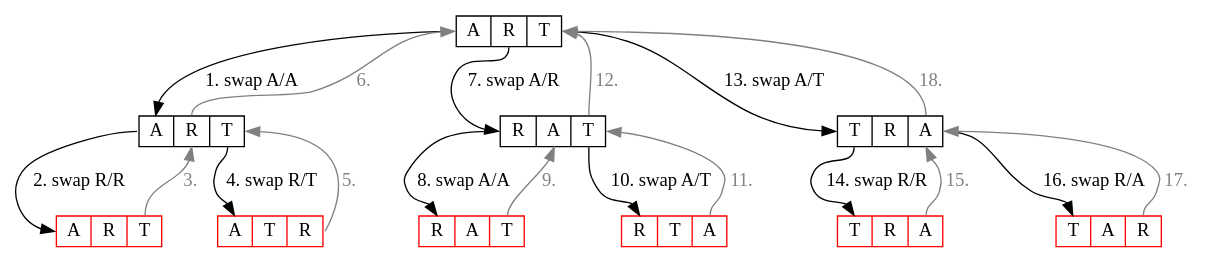
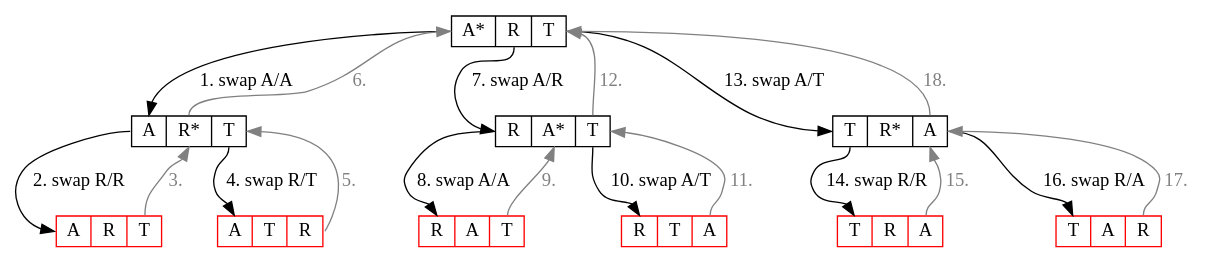
The diagram in book/chapters/backtracking.adoc (amejiarosario/dsa.js-data-structures-algorithms-javascript), drawn with Graphviz before and after one commit. The commit also changed other lines of this file and 2 other files, not shown here.

```diff
--- a/book/chapters/backtracking.adoc
+++ b/book/chapters/backtracking.adoc
@@ -61,38 +77,38 @@
 [graphviz, Recursive Fibonacci call tree with dp, svg]
 ....
 digraph g {
   node [shape = record,height=.1];
 
-  art[label = "<f0> A|<f1> R|<f2> T"];
-  art1[label = "<f0> A|<f1> R|<f2> T"];
+  art[label = "<f0> A*|<f1> R|<f2> T"];
+  art1[label = "<f0> A|<f1> R*|<f2> T"];
   art2[label = "<f0> A|<f1> R|<f2> T", color="red"];
   atr[label = "<f0> A|<f1> T|<f2> R", color="red"];
-  rat[label = "<f0> R|<f1> A|<f2> T"];
+  rat[label = "<f0> R|<f1> A*|<f2> T"];
   rat1[label = "<f0> R|<f1> A|<f2> T", color="red"];
   rta[label = "<f0> R|<f1> T|<f2> A", color="red"];
-  tra[label = "<f0> T|<f1> R|<f2> A"];
+  tra[label = "<f0> T|<f1> R*|<f2> A"];
   tra1[label = "<f0> T|<f1> R|<f2> A", color="red"];
   tar[label = "<f0> T|<f1> A|<f2> R", color="red"];
 
   art:f0 -> art1:f0 [ label = "1. swap A/A"];
   art1:f0 -> art2:f0 [ label = "2. swap R/R"];
   art2:f2 -> art1:f1 [ label = "3.", color="grey", fontcolor="grey"];
   art1:f2 -> atr:f0 [ label = "4. swap R/T"];
   atr:f2 -> art1:f2  [ label = "5.", color="grey", fontcolor="grey"];
   art1:f1 -> art:f0  [ label = "6.", color="grey", fontcolor="grey"];
 
   art:f1 -> rat:f0 [ label = "7. swap A/R"];
   rat:f0 -> rat1:f0 [ label = "8. swap A/A"];
   rat1:f2 -> rat:f1 [ label = "9.", color="grey", fontcolor="grey"];
   rat:f2 -> rta:f0 [ label = "10. swap A/T"];
   rta:f2 -> rat:f2 [ label = "11.", color="grey", fontcolor="grey"];
   rat:f2 -> art:f2 [ label = "12.", color="grey", fontcolor="grey"];
 
   art:f2 -> tra:f0 [ label = "13. swap A/T"];
   tra:f0 -> tra1:f0 [ label = "14. swap R/R"];
   tra1:f2 -> tra:f2 [ label = "15.", color="grey", fontcolor="grey"];
   tra:f2 -> tar:f0 [ label = "16. swap R/A"];
   tar:f2 -> tra:f2 [ label = "17.", color="grey", fontcolor="grey"];
   tra:f2 -> art:f2 [ label = "18.", color="grey", fontcolor="grey"];
 }
 ....
```
